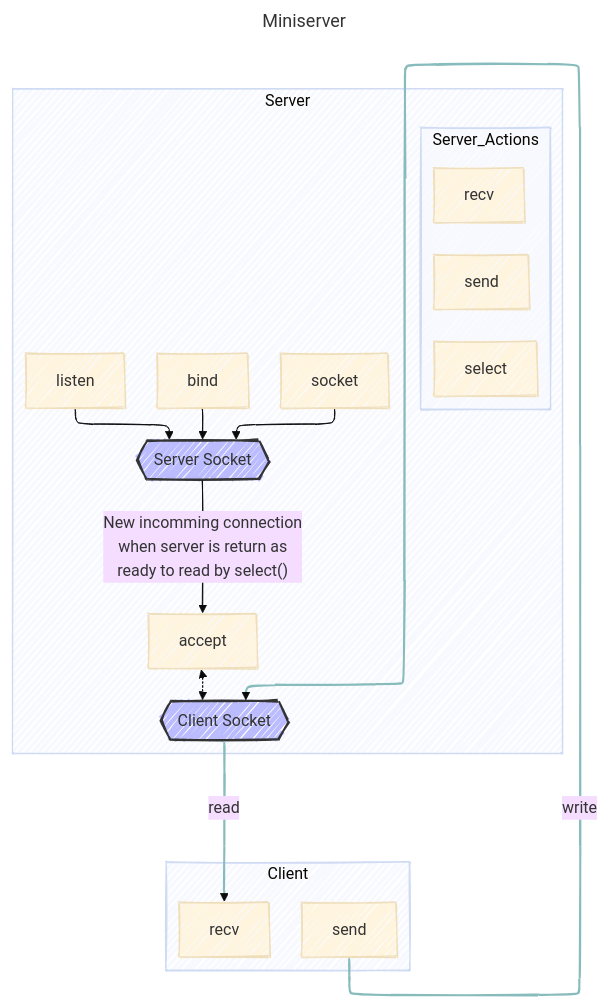
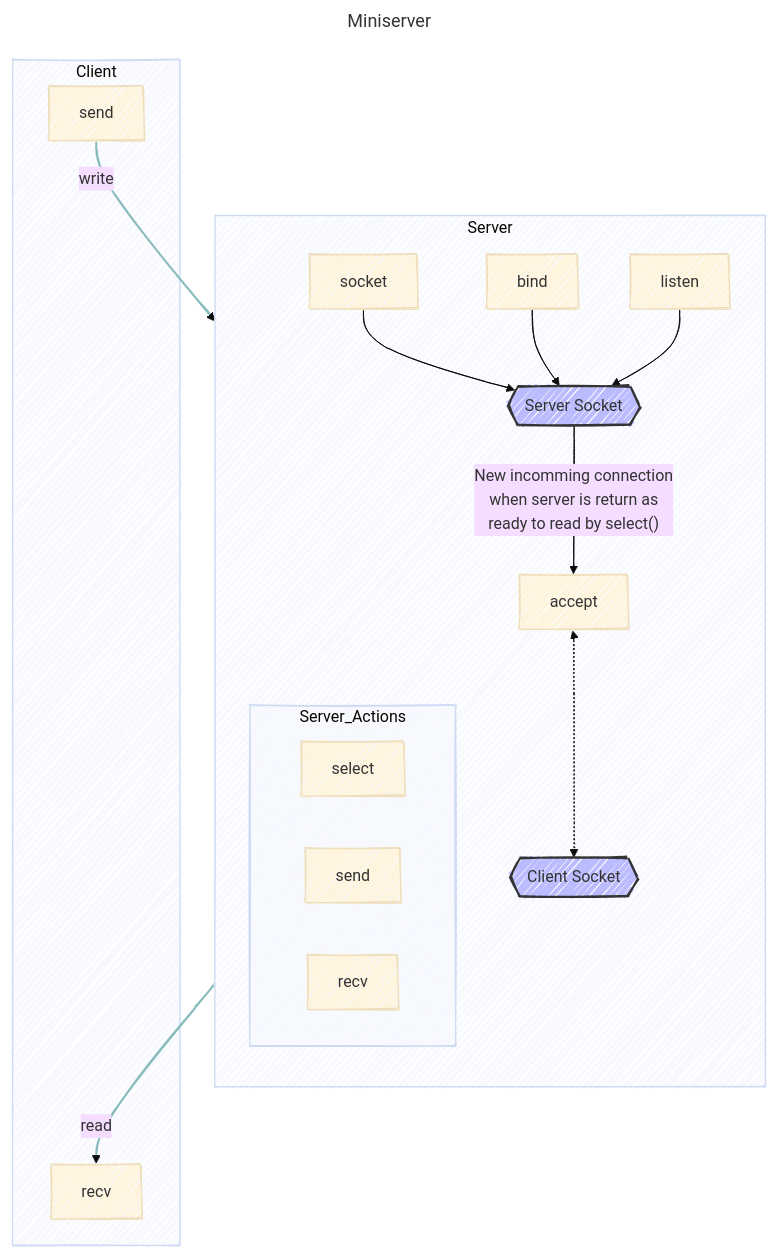
Before and after one commit to Tablerase/42_Projects: the first of 2 diagrams in Projects/WebServ/Miniserver/Miniserver.md, drawn with Mermaid. The commit also changed other lines of this file, not shown here.

Commit message:
docs: diagram for miniserv

````diff
--- a/Projects/WebServ/Miniserver/Miniserver.md
+++ b/Projects/WebServ/Miniserver/Miniserver.md
@@ -7,40 +8,39 @@
 ```mermaid
 ---
 title: Miniserver
 config:
-  layout: elk
   look: handDrawn
   fontFamily: Architects Daughter, sans-sherif
   theme: base
 ---
 flowchart
   classDef socket fill:#bbf,stroke:#333,stroke-width:2px;
 
   subgraph Server
     direction TB
     socket
     bind
     listen
     accept
     subgraph Server_Actions
       direction LR
       select
       send
       recv
     end
     server_socket{{"Server Socket"}}:::socket
     socket --> server_socket
     bind --> server_socket
     listen --> server_socket
     server_socket -->|"New incomming connection<br>when server is return as<br>ready to read by select()"| accept
     
     client_socket{{"Client Socket"}}:::socket
     accept <-.-> client_socket
   end
   subgraph Client
     send_client[send] -->|"write"| client_socket
     client_socket -->|"read"| recv_client[recv]
   end
 
   linkStyle 5,6 stroke:#8bb,stroke-width:2px;
 ```
````
